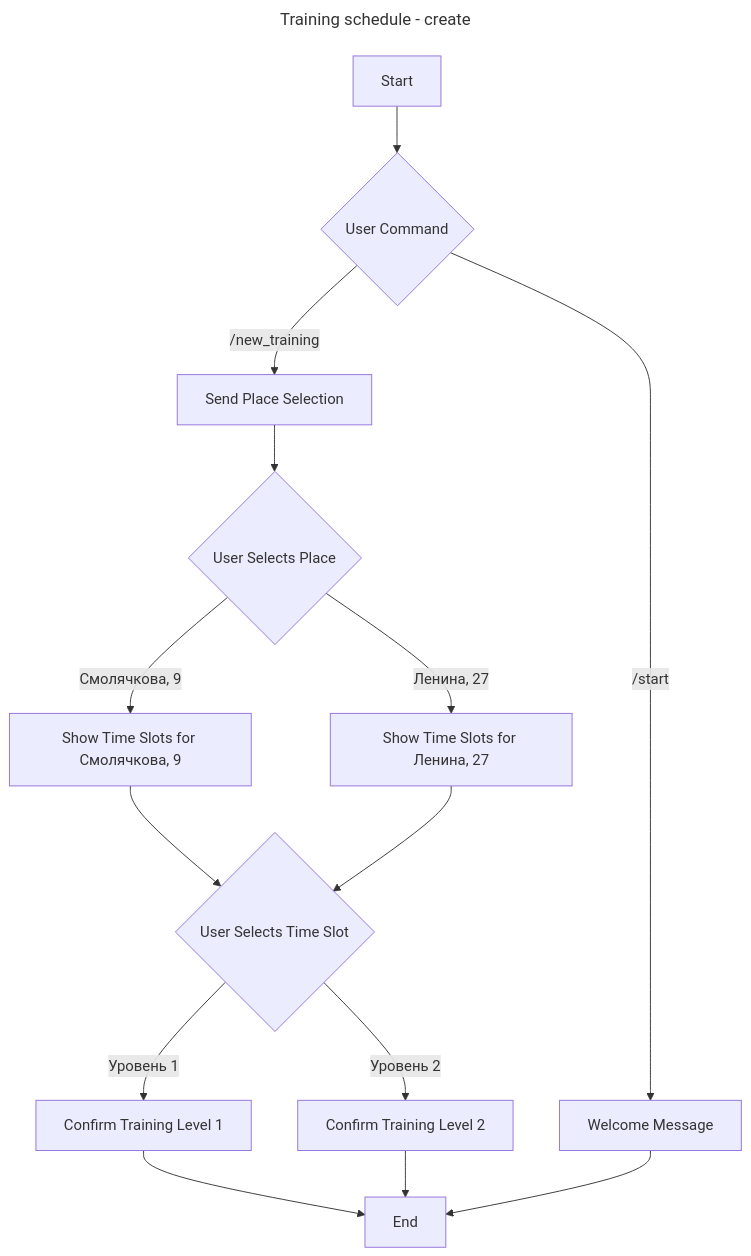
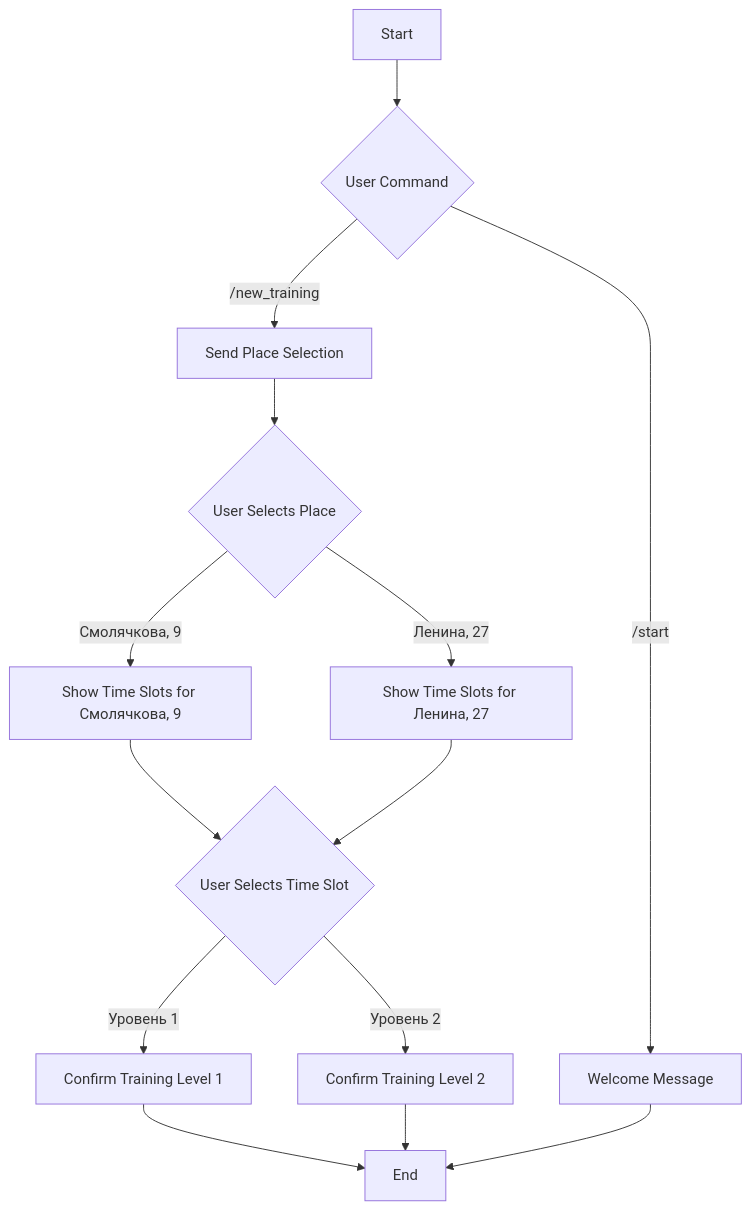
The diagram in README.md (tubopo/tennis-tg-bot), drawn with Mermaid before and after one commit. The commit also changed other lines of this file, not shown here.

````diff
--- a/README.md
+++ b/README.md
@@ -9,19 +20,16 @@
 ```mermaid
----
- title: Training schedule - create
----
 graph TD
     A[Start] --> B{User Command}
     B -->|/start| C[Welcome Message]
     B -->|/new_training| D[Send Place Selection]
     D --> E{User Selects Place}
     E -->|Смолячкова, 9| F[Show Time Slots for Смолячкова, 9]
     E -->|Ленина, 27| G[Show Time Slots for Ленина, 27]
     F --> H{User Selects Time Slot}
     G --> H
     H -->|Уровень 1| I[Confirm Training Level 1]
     H -->|Уровень 2| J[Confirm Training Level 2]
     I --> K[End]
     J --> K
     C --> K
 ```
````
